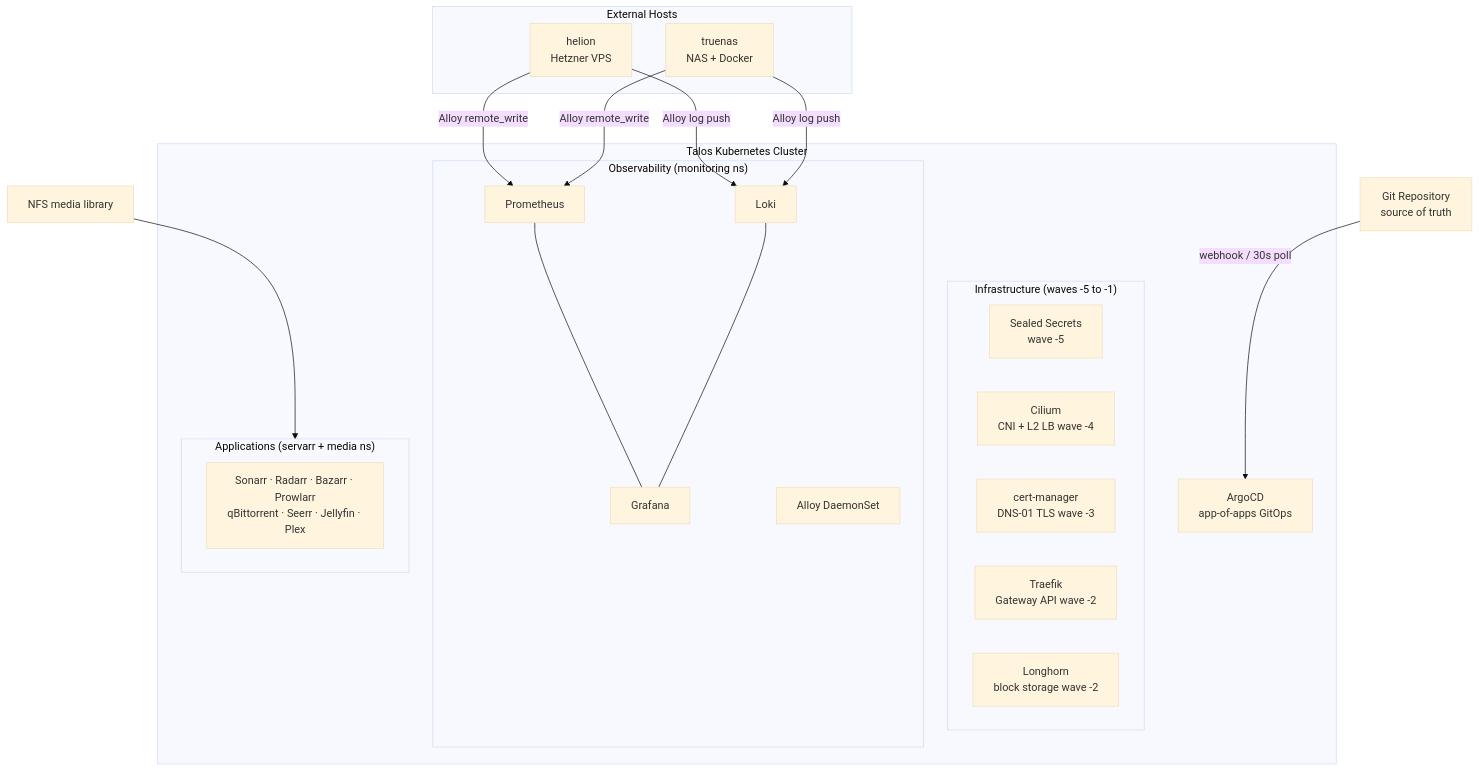
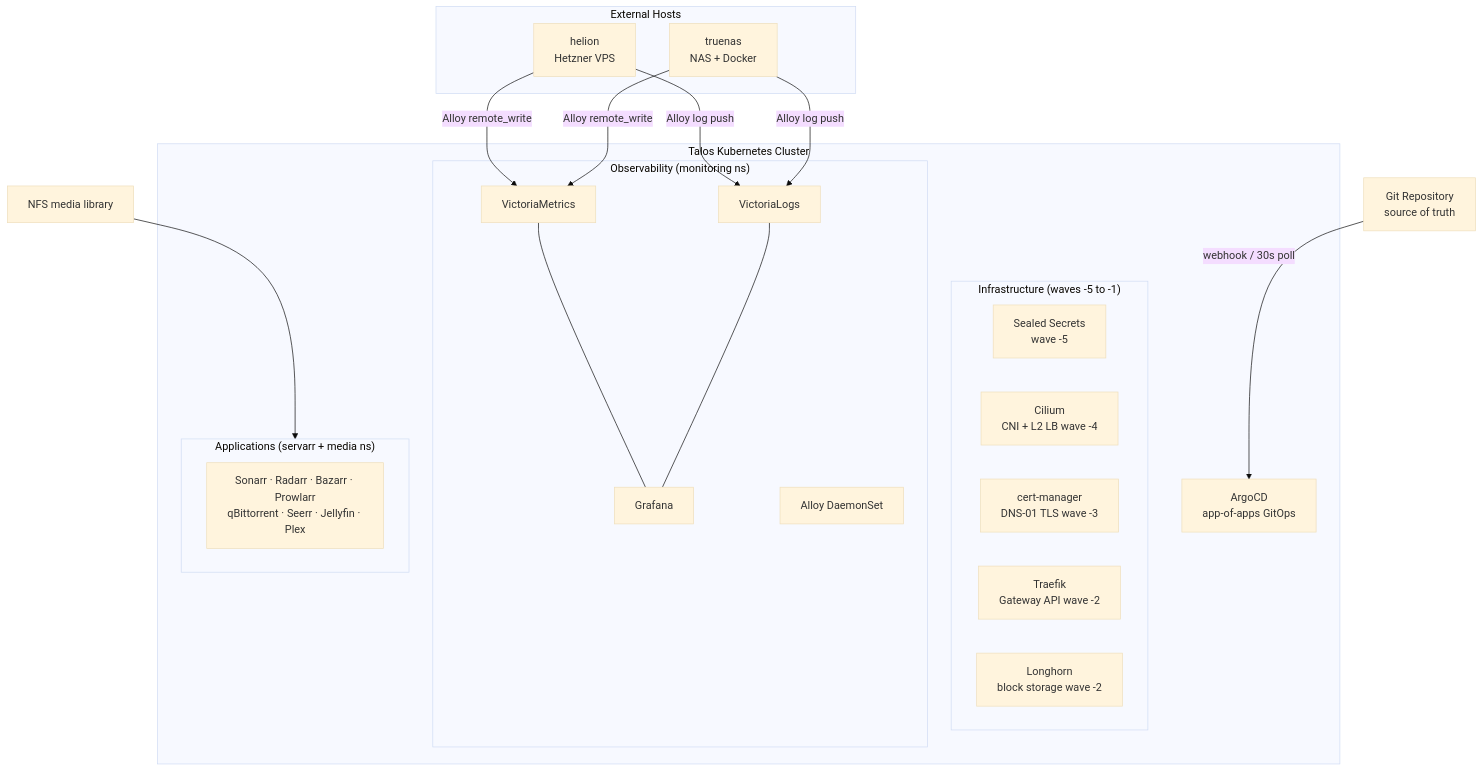
Before and after one commit to obleey/talos-homelab: the diagram in README.md, drawn with Mermaid (base theme). The commit also changed other lines of this file, not shown here.

````diff
--- a/README.md
+++ b/README.md
@@ -30,35 +30,35 @@
 ```mermaid
 graph TD
     Git["Git Repository\nsource of truth"] -->|"webhook / 30s poll"| ArgoCD
 
     subgraph cluster["Talos Kubernetes Cluster"]
         ArgoCD["ArgoCD\napp-of-apps GitOps"]
 
         subgraph infra["Infrastructure  (waves -5 to -1)"]
             SealedSecrets["Sealed Secrets\nwave -5"]
             Cilium["Cilium\nCNI + L2 LB  wave -4"]
             CertManager["cert-manager\nDNS-01 TLS  wave -3"]
             Traefik["Traefik\nGateway API  wave -2"]
             Longhorn["Longhorn\nblock storage  wave -2"]
         end
 
         subgraph obs["Observability  (monitoring ns)"]
-            Prometheus --- Grafana
-            Loki --- Grafana
+            VictoriaMetrics --- Grafana
+            VictoriaLogs --- Grafana
             Alloy["Alloy  DaemonSet"]
         end
 
         subgraph apps["Applications  (servarr + media ns)"]
             Media["Sonarr · Radarr · Bazarr · Prowlarr\nqBittorrent · Seerr · Jellyfin · Plex"]
         end
     end
 
     subgraph external["External Hosts"]
         helion["helion\nHetzner VPS"]
         truenas["truenas\nNAS + Docker"]
     end
 
-    helion & truenas -->|"Alloy remote_write"| Prometheus
-    helion & truenas -->|"Alloy log push"| Loki
+    helion & truenas -->|"Alloy remote_write"| VictoriaMetrics
+    helion & truenas -->|"Alloy log push"| VictoriaLogs
     NFS["NFS  media library"] --> apps
 ```
````
